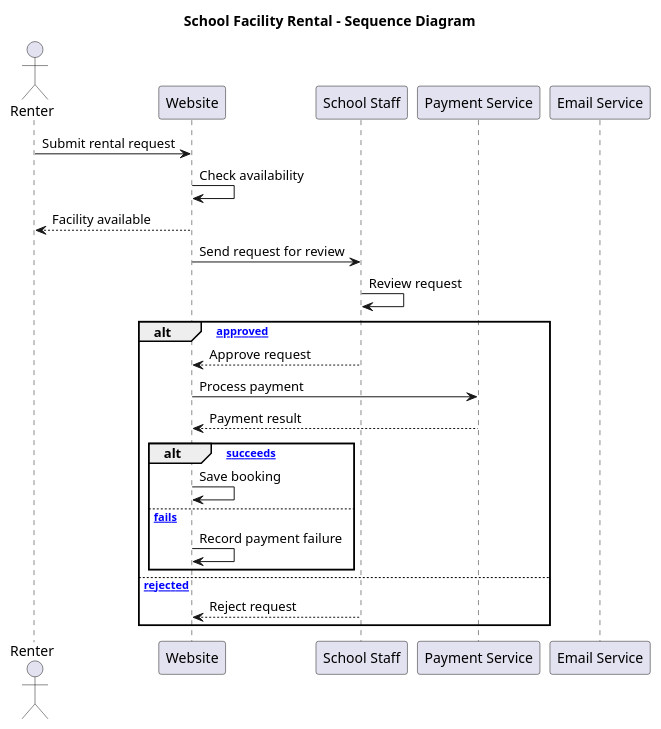
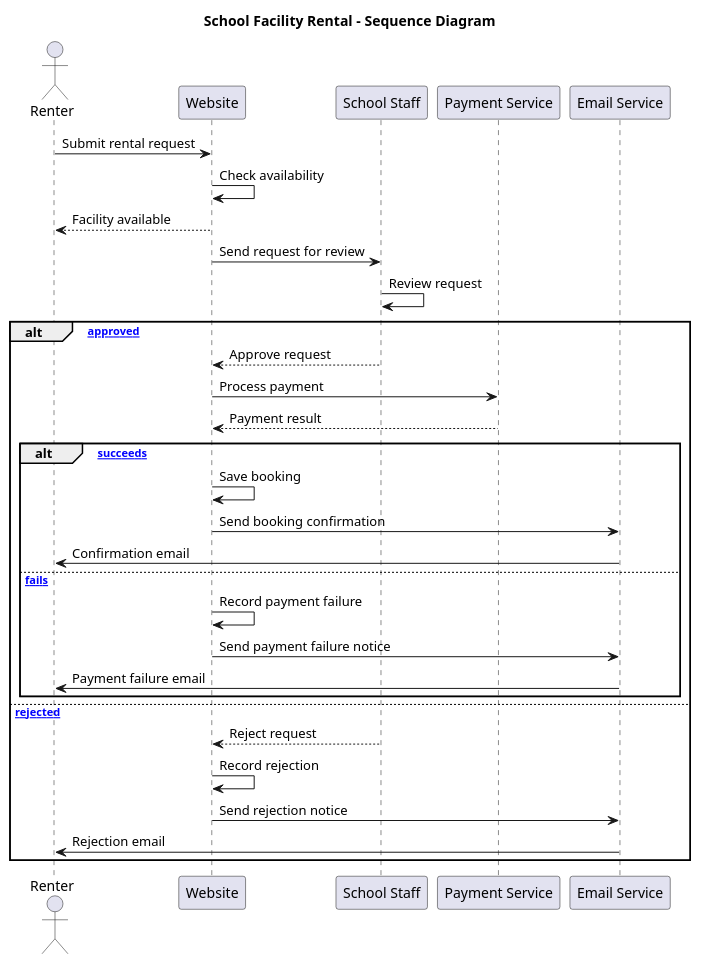
Before and after one commit to Umar-Azizadah/CS3560-Homework6: the diagram in SequenceDiagram.puml, drawn with PlantUML.

Commit message:
feat: Finis sequence diagram with payment and notifications

```diff
--- a/SequenceDiagram.puml
+++ b/SequenceDiagram.puml
@@ -2,42 +2,49 @@
 @startuml
 title School Facility Rental - Sequence Diagram
 
 actor Renter
 participant Website
 participant "School Staff" as Staff
 participant "Payment Service" as Pay
 participant "Email Service" as Email
 
 ' Renter submits a rental request
 Renter -> Website: Submit rental request
 
 ' Website checks availability
 Website -> Website: Check availability
 Website --> Renter: Facility available
 
 ' School staff reviews the request
 Website -> Staff: Send request for review
 Staff -> Staff: Review request
 
-
 ' Staff approves or rejects
 alt [approved]
     Staff --> Website: Approve request
 
-    ' Website requests payment
+    ' Process payment
     Website -> Pay: Process payment
     Pay --> Website: Payment result
 
-    ' Payment succeeds or fails
     alt [payment succeeds]
+        ' Save and confirm booking
         Website -> Website: Save booking
+        Website -> Email: Send booking confirmation
+        Email -> Renter: Confirmation email
+
     else [payment fails]
+        ' Record and notify payment failure
         Website -> Website: Record payment failure
+        Website -> Email: Send payment failure notice
+        Email -> Renter: Payment failure email
     end
 
 else [rejected]
+    ' Record and notify rejection
     Staff --> Website: Reject request
+    Website -> Website: Record rejection
+    Website -> Email: Send rejection notice
+    Email -> Renter: Rejection email
 end
-
-
 @enduml
```
